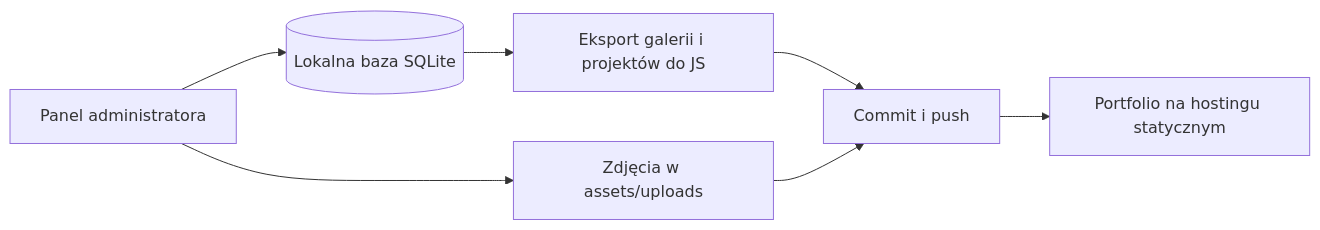
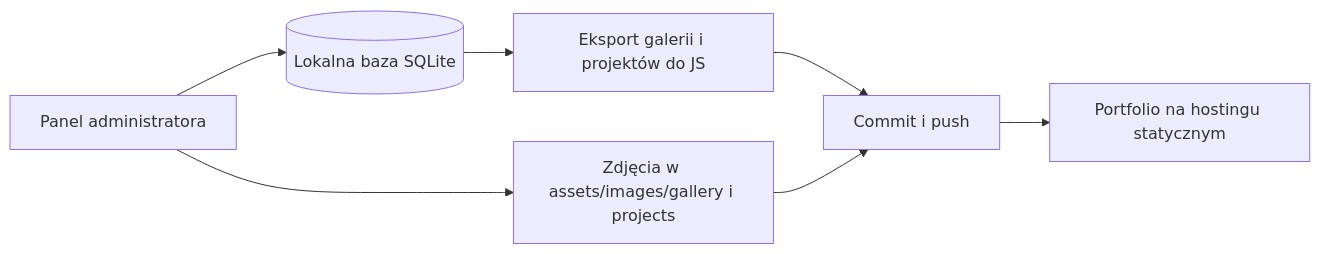
Before and after one commit to Cinek477/WDAI-2026: the diagram in README.md, drawn with Mermaid. The commit also changed other lines of this file and 17 other files, not shown here.

````diff
--- a/README.md
+++ b/README.md
@@ -105,9 +105,9 @@
 ```mermaid
 flowchart LR
     A[Panel administratora] --> B[(Lokalna baza SQLite)]
     B --> C[Eksport galerii i projektów do JS]
-    A --> D[Zdjęcia w assets/uploads]
+    A --> D[Zdjęcia w assets/images/gallery i projects]
     C --> E[Commit i push]
     D --> E
     E --> F[Portfolio na hostingu statycznym]
 ```
````
